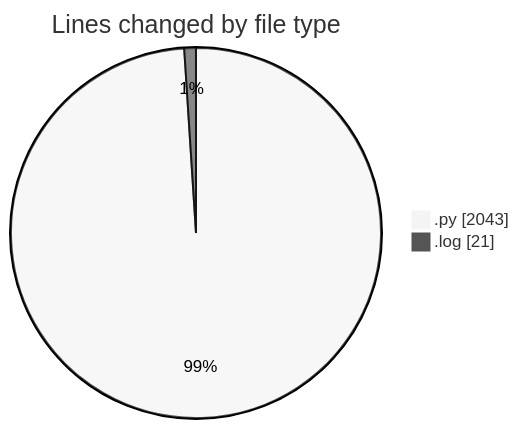
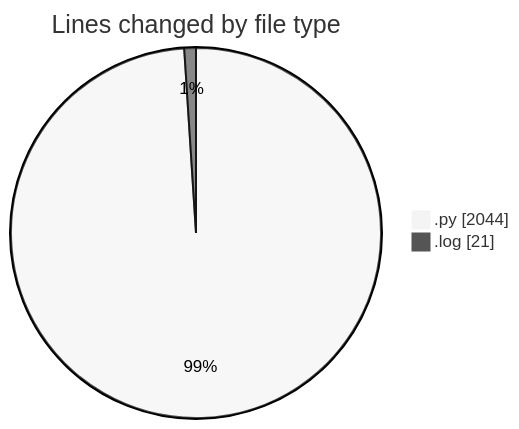
One commit to momahboobian/code-tracking changed the first of 2 diagrams in 2025-05-06/samplepdf/README.md. Above: the diagram before and after it, drawn with Mermaid (neutral theme). The commit also changed other lines of this file and 1 other file, not shown here.

````diff
--- a/2025-05-06/samplepdf/README.md
+++ b/2025-05-06/samplepdf/README.md
@@ -37,6 +37,6 @@
 ```mermaid
 pie showData
 title Lines changed by file type
-".py" : 2043
+".py" : 2044
 ".log" : 21
 ```
````
